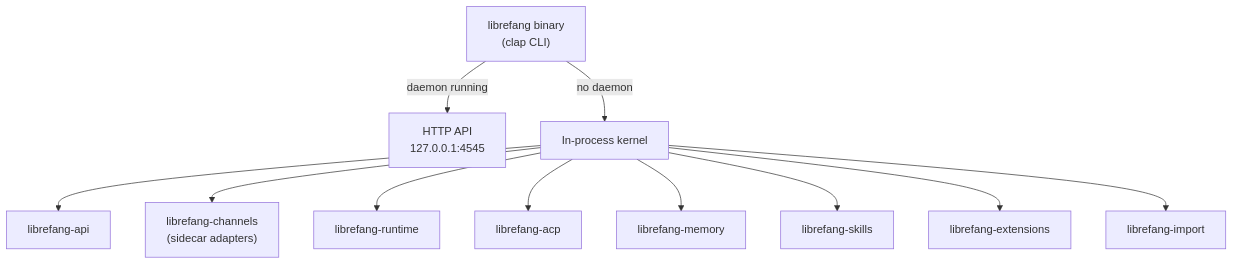
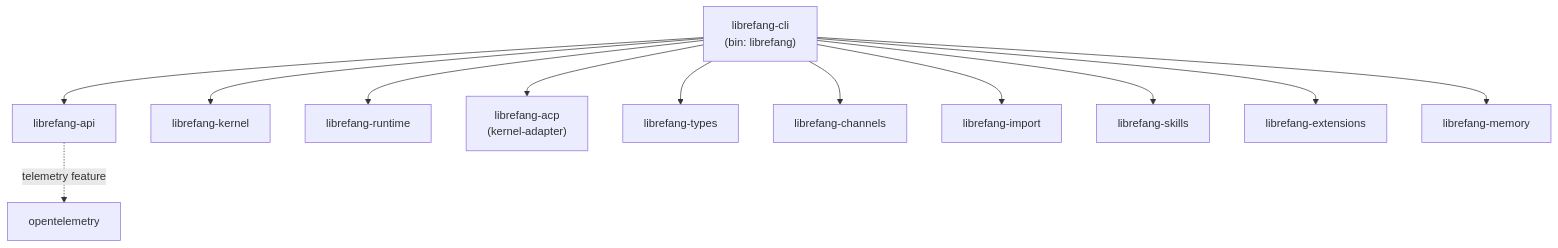
The diagram in other-librefang-cli.md (leszek3737/librefang-WIki), drawn with Mermaid before and after one commit. The commit also changed other lines of this file and 128 other files, not shown here.

````diff
--- a/other-librefang-cli.md
+++ b/other-librefang-cli.md
@@ -16,14 +56,15 @@
 ```mermaid
 graph TD
-    CLI["librefang binary<br/>(clap CLI)"]
-    CLI -->|daemon running| HTTP["HTTP API<br/>127.0.0.1:4545"]
-    CLI -->|no daemon| Kernel["In-process kernel"]
-    Kernel --> API["librefang-api"]
-    Kernel --> Channels["librefang-channels<br/>(sidecar adapters)"]
-    Kernel --> Runtime["librefang-runtime"]
-    Kernel --> ACP["librefang-acp"]
-    Kernel --> Memory["librefang-memory"]
-    Kernel --> Skills["librefang-skills"]
-    Kernel --> Extensions["librefang-extensions"]
-    Kernel --> Import["librefang-import"]
+    CLI["librefang-cli<br/>(bin: librefang)"]
+    CLI --> API["librefang-api"]
+    CLI --> KERNEL["librefang-kernel"]
+    CLI --> RUNTIME["librefang-runtime"]
+    CLI --> ACP["librefang-acp<br/>(kernel-adapter)"]
+    CLI --> TYPES["librefang-types"]
+    CLI --> CHANNELS["librefang-channels"]
+    CLI --> IMPORT["librefang-import"]
+    CLI --> SKILLS["librefang-skills"]
+    CLI --> EXT["librefang-extensions"]
+    CLI --> MEMORY["librefang-memory"]
+    API -.->|telemetry feature| OTEL["opentelemetry"]
 ```
````
